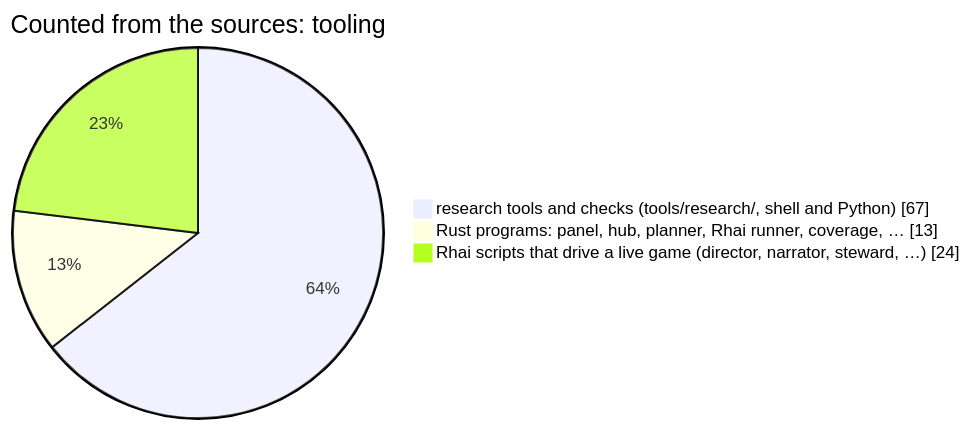
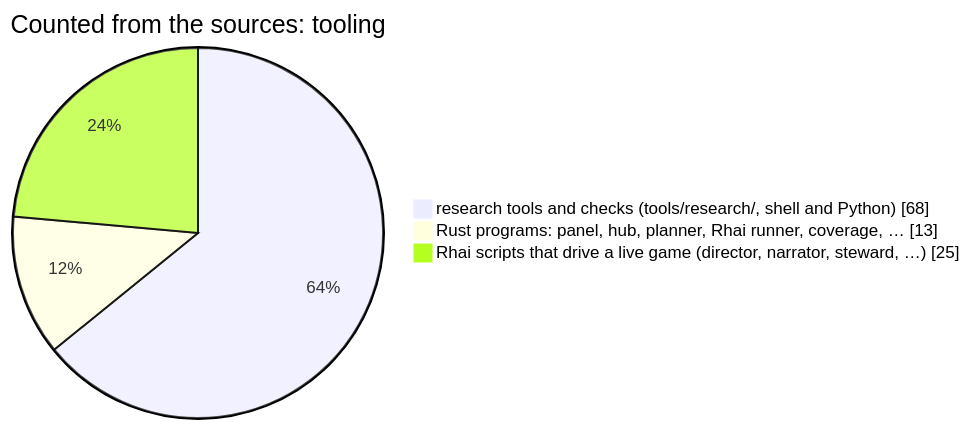
Before and after one commit to korczis/OpenTTD: the seventh of 12 diagrams in README.md, drawn with Mermaid. The commit also changed other lines of this file and 14 other files, not shown here.

````diff
--- a/README.md
+++ b/README.md
@@ -804,6 +804,6 @@
 ```mermaid
 pie showData title Counted from the sources: tooling
-    "research tools and checks (tools/research/, shell and Python)" : 67
+    "research tools and checks (tools/research/, shell and Python)" : 68
     "Rust programs: panel, hub, planner, Rhai runner, coverage, …" : 13
-    "Rhai scripts that drive a live game (director, narrator, steward, …)" : 24
+    "Rhai scripts that drive a live game (director, narrator, steward, …)" : 25
 ```
````
